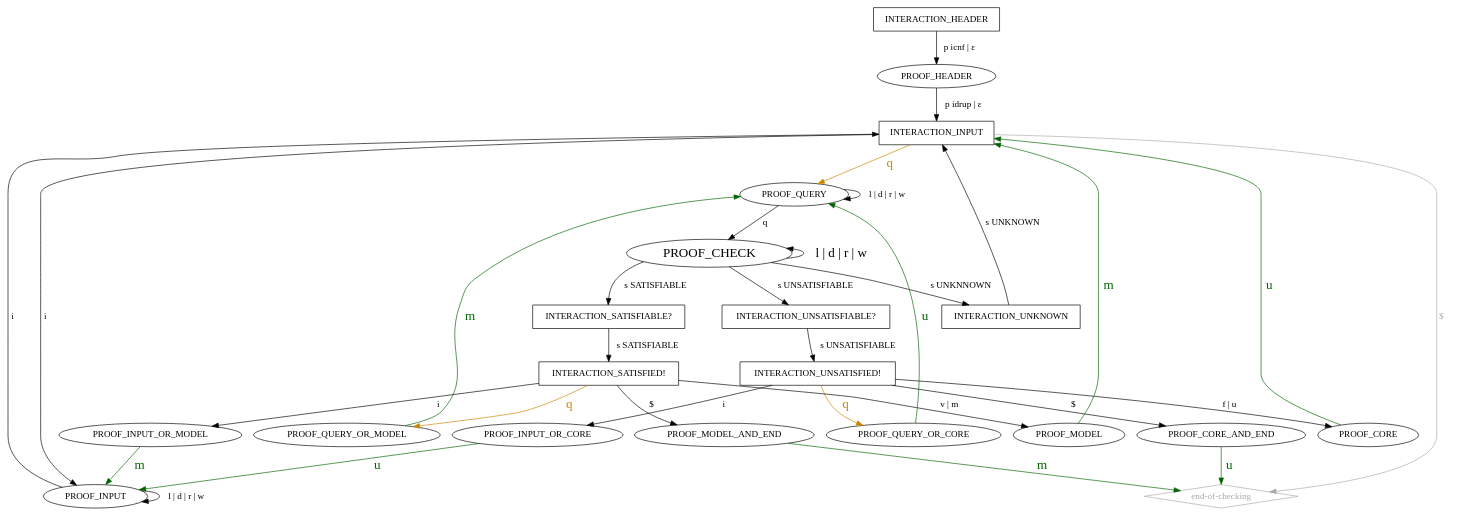
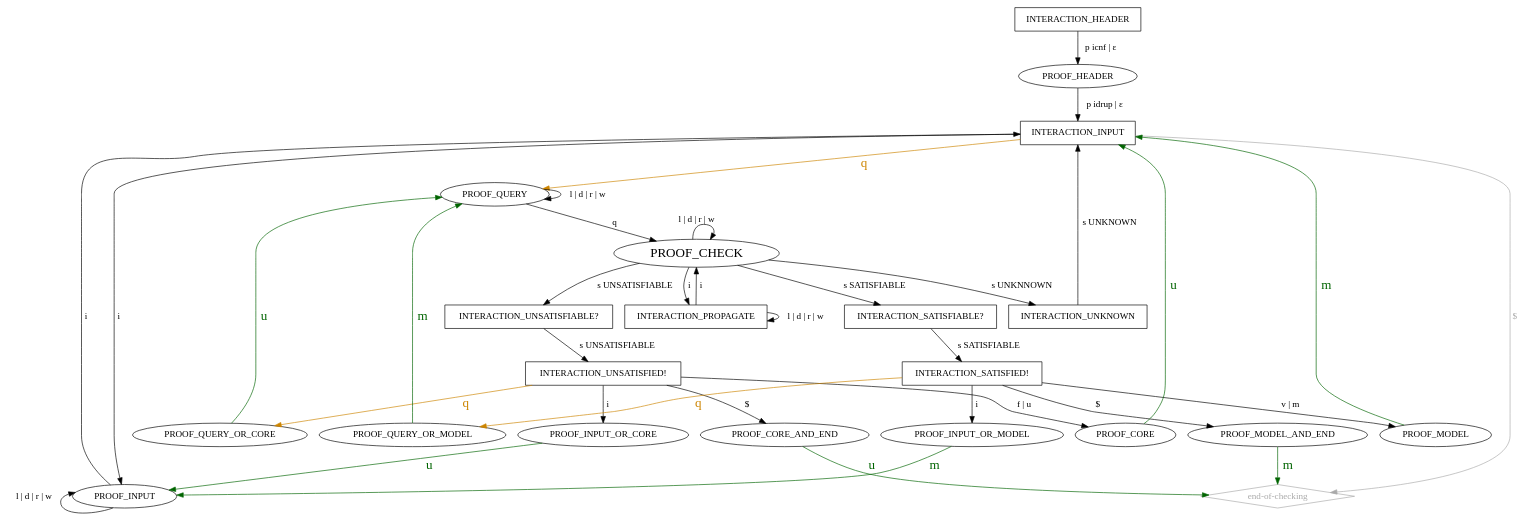
The diagram in lidrup-check-strict.dot (arminbiere/lidrup-check), drawn with Graphviz before and after one commit. The commit also changed 11 other files, not shown here.

```diff
--- a/lidrup-check-strict.dot
+++ b/lidrup-check-strict.dot
@@ -1,64 +1,67 @@
 digraph "idrup-check" {
 
   INTERACTION_HEADER [shape=box];
   INTERACTION_HEADER -> PROOF_HEADER [label=" p icnf | ε "];
   PROOF_HEADER -> INTERACTION_INPUT [label=" p idrup | ε "];
 
   "end-of-checking" [shape=diamond,color=darkgray,fontcolor=darkgray];
   "end-of-checking" -> INTERACTION_INPUT [label="$    ",dir=back,color=darkgray,fontcolor=darkgray];
 
   INTERACTION_INPUT [shape=box];
   INTERACTION_INPUT -> PROOF_INPUT [label=" i "];
   INTERACTION_INPUT -> PROOF_QUERY [label=" q ",color=orange3,fontsize=20,fontcolor=orange3];
 
   PROOF_INPUT -> INTERACTION_INPUT [label=" i "];
-  PROOF_INPUT -> PROOF_INPUT [label=" l | d | r | w "];
+  PROOF_INPUT:sw -> PROOF_INPUT [label=" l | d | r | w "];
 
   PROOF_QUERY -> PROOF_CHECK [label=" q "];
   PROOF_QUERY -> PROOF_QUERY [label=" l | d | r | w "];
 
   PROOF_CHECK [fontsize=20];
-  PROOF_CHECK -> PROOF_CHECK [label=" l | d | r | w ",dir=back,fontsize=20];
+  PROOF_CHECK:ne -> PROOF_CHECK:_ [label=" l | d | r | w ",dir=back];
+
+  PROOF_CHECK -> INTERACTION_PROPAGATE [label=" i "];
+
+  INTERACTION_PROPAGATE [shape=box];
+  INTERACTION_PROPAGATE -> PROOF_CHECK [label=" i "];
+  INTERACTION_PROPAGATE -> INTERACTION_PROPAGATE [label=" l | d | r | w "];
+
   PROOF_CHECK -> INTERACTION_SATISFIABLE [label=" s SATISFIABLE "];
   PROOF_CHECK -> INTERACTION_UNSATISFIABLE [label=" s UNSATISFIABLE "];
   PROOF_CHECK -> INTERACTION_UNKNOWN [label=" s UNKNNOWN "];
 
   INTERACTION_UNSATISFIABLE [shape="box",label="INTERACTION_UNSATISFIABLE?"];
   INTERACTION_UNSATISFIABLE -> INTERACTION_UNSATISFIED [label=" s UNSATISFIABLE "];
 
   INTERACTION_SATISFIABLE [shape="box",label="INTERACTION_SATISFIABLE?"];
   INTERACTION_SATISFIABLE -> INTERACTION_SATISFIED [label=" s SATISFIABLE "];
+
+  PROOF_QUERY_OR_MODEL -> PROOF_QUERY [label=" m ",color=darkgreen,fontcolor=darkgreen,fontsize=20];
 
   INTERACTION_SATISFIED [shape=box,label="INTERACTION_SATISFIED!"];
   INTERACTION_SATISFIED -> PROOF_MODEL [label=" v | m "];
   INTERACTION_SATISFIED -> PROOF_INPUT_OR_MODEL [label=" i "];
   INTERACTION_SATISFIED -> PROOF_QUERY_OR_MODEL [label=" q ", color=orange3,fontsize=20,fontcolor=orange3];
   INTERACTION_SATISFIED -> PROOF_MODEL_AND_END [label=" $ "];
 
   INTERACTION_UNSATISFIED [shape=box,label="INTERACTION_UNSATISFIED!"];
   INTERACTION_UNSATISFIED -> PROOF_CORE [label=" f | u "];
   INTERACTION_UNSATISFIED -> PROOF_INPUT_OR_CORE [label=" i "];
   INTERACTION_UNSATISFIED -> PROOF_QUERY_OR_CORE [label=" q ",color=orange3,fontsize=20,fontcolor=orange3];
   INTERACTION_UNSATISFIED -> PROOF_CORE_AND_END [label=" $ "];
 
   INTERACTION_UNKNOWN [shape=box];
-  INTERACTION_UNKNOWN -> INTERACTION_INPUT [label="s UNKNOWN",weight=2];
+  INTERACTION_UNKNOWN -> INTERACTION_INPUT [label="s UNKNOWN"];
 
   PROOF_MODEL_AND_END -> "end-of-checking" [label=" m ",color=darkgreen,fontsize=20,fontcolor=darkgreen];
   PROOF_CORE_AND_END -> "end-of-checking" [label=" u ",color=darkgreen,fontsize=20,fontcolor=darkgreen];
 
   PROOF_MODEL -> INTERACTION_INPUT [label=" m ",color=darkgreen,fontsize=20,fontcolor=darkgreen];
   PROOF_CORE -> INTERACTION_INPUT [label=" u ",color=darkgreen,fontsize=20,fontcolor=darkgreen];
 
-  PROOF_INPUT_OR_MODEL -> INTERACTION_INPUT [label=" i ",color=invis,fontcolor=invis];
   PROOF_INPUT_OR_MODEL -> PROOF_INPUT [label=" m ", color=darkgreen,fontcolor=darkgreen,fontsize=20];
 
-  PROOF_QUERY_OR_MODEL -> PROOF_QUERY [label=" m ",color=darkgreen,fontcolor=darkgreen,fontsize=20];
-  PROOF_QUERY_OR_MODEL -> PROOF_CHECK [label=" q ",color=invis,fontcolor=invis];
-
   PROOF_QUERY_OR_CORE -> PROOF_QUERY [label=" u ",color=darkgreen,fontcolor=darkgreen,fontsize=20];
-  PROOF_QUERY_OR_CORE -> PROOF_CHECK [label=" q ",color=invis,fontcolor=invis];
 
   PROOF_INPUT_OR_CORE -> PROOF_INPUT [label=" u ",color=darkgreen,fontcolor=darkgreen,fontsize=20];
-  PROOF_INPUT_OR_CORE -> INTERACTION_INPUT [label=" i ",color=invis,fontcolor=invis];
 }
```
